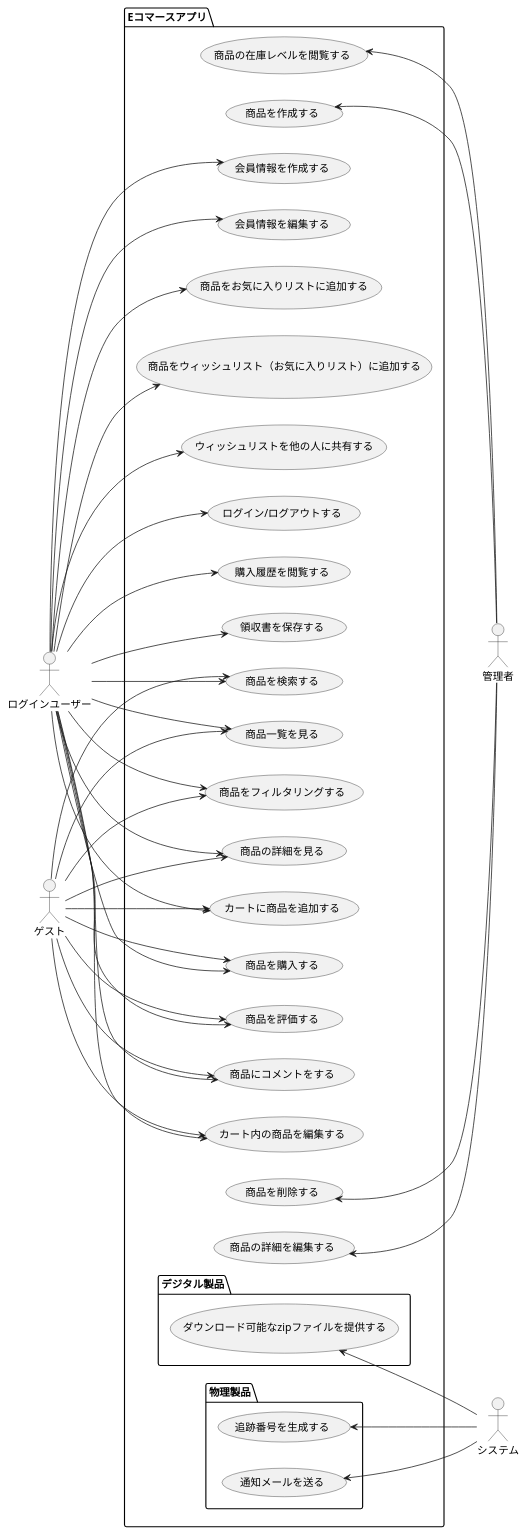
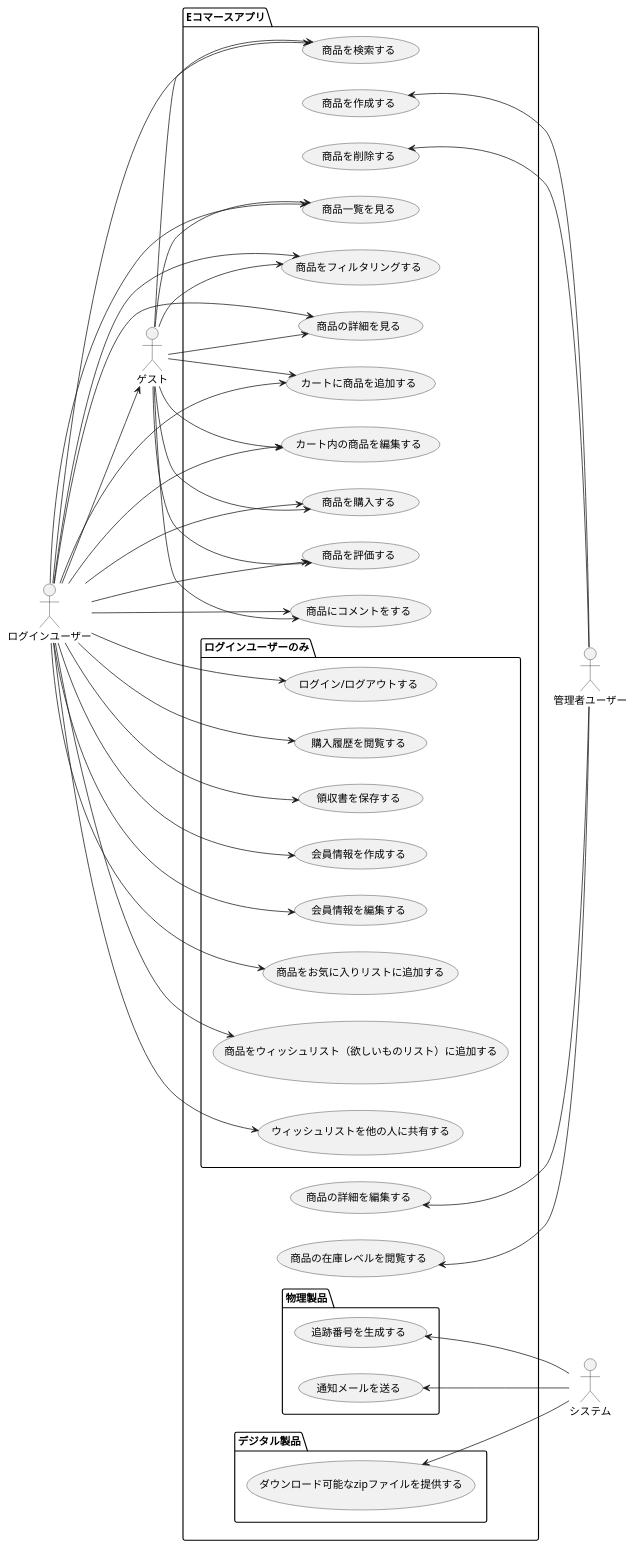
One commit to AkinoJoey/E-Commerce-Prototype changed the diagram in diagram/usecase.pu. Above: the diagram before and after it, drawn with PlantUML.

Commit message:
アップデート

```diff
--- a/diagram/usecase.pu
+++ b/diagram/usecase.pu
@@ -1,80 +1,84 @@
 @startuml usecase
 left to right direction
 actor ログインユーザー as loginUser
 actor ゲスト as guest
-actor 管理者 as admin
+actor 管理者ユーザー as admin
 actor システム as system
 
 package Eコマースアプリ{
 (商品を検索する) as searchProducts
 (商品一覧を見る) as viewProducts
 (商品をフィルタリングする) as fiterProducts
 (商品の詳細を見る) as viewProductDetails
-(カートに商品を追加する) as addProductToCard
+(カートに商品を追加する) as addProductToCart
+(カート内の商品を編集する) as editProductInCart
 (商品を購入する) as purchaseProduct
 (商品を評価する) as rateProduct
 (商品にコメントをする) as commentToProduct
-(カート内の商品を編集する) as editProductInCard
-(ログイン/ログアウトする) as loginLogout
-(購入履歴を閲覧する) as viewPurchaseHistory
-(領収書を保存する) as saveRecipt
-(会員情報を作成する) as makeCustomerInfo
-(会員情報を編集する) as editCustomerInfo
-(商品をお気に入りリストに追加する) as addProductToFavoriteList
-(商品をウィッシュリスト（お気に入りリスト）に追加する) as addProductToWishList
-(ウィッシュリストを他の人に共有する) as shareWishList
+
+package ログインユーザーのみ{
+    (ログイン/ログアウトする) as loginLogout
+    (購入履歴を閲覧する) as viewPurchaseHistory
+    (領収書を保存する) as saveRecipt
+    (会員情報を作成する) as makeCustomerInfo
+    (会員情報を編集する) as editCustomerInfo
+    (商品をお気に入りリストに追加する) as addProductToFavoriteList
+    (商品をウィッシュリスト（欲しいものリスト）に追加する) as addProductToWishList
+    (ウィッシュリストを他の人に共有する) as shareWishList
+}
+
 
 (商品を作成する) as addProduct
 (商品を削除する) as removeProduct
 (商品の詳細を編集する) as editProductDetails
 (商品の在庫レベルを閲覧する) as checkProductInventory
 
 package 物理製品{
     (追跡番号を生成する) as generateTrackingNumber
     (通知メールを送る) as sendOrderNotification
 }
 
 package デジタル製品{
     (ダウンロード可能なzipファイルを提供する) as provideZipfile
 }
 
 }
 
-
+loginUser --> guest
 loginUser --> searchProducts
 loginUser --> viewProducts
 loginUser --> fiterProducts
 loginUser --> viewProductDetails
-loginUser --> addProductToCard
+loginUser --> addProductToCart
+loginUser --> editProductInCart
 loginUser --> purchaseProduct
 loginUser --> rateProduct
 loginUser --> commentToProduct
-loginUser --> editProductInCard
 loginUser --> loginLogout
 loginUser --> viewPurchaseHistory
 loginUser --> saveRecipt
 loginUser --> makeCustomerInfo
 loginUser --> editCustomerInfo
 loginUser --> addProductToFavoriteList
 loginUser --> addProductToWishList
 loginUser --> shareWishList
 
 guest --> searchProducts
 guest --> viewProducts
 guest --> fiterProducts
 guest --> viewProductDetails
-guest --> addProductToCard
+guest --> addProductToCart
+guest --> editProductInCart
 guest --> purchaseProduct
 guest --> rateProduct
 guest --> commentToProduct
-guest --> editProductInCard
 
 addProduct <-- admin
 removeProduct <-- admin
 editProductDetails <-- admin
 checkProductInventory <-- admin
 
 generateTrackingNumber <-- system
 sendOrderNotification <-- system
 provideZipfile <-- system
 @enduml
```
